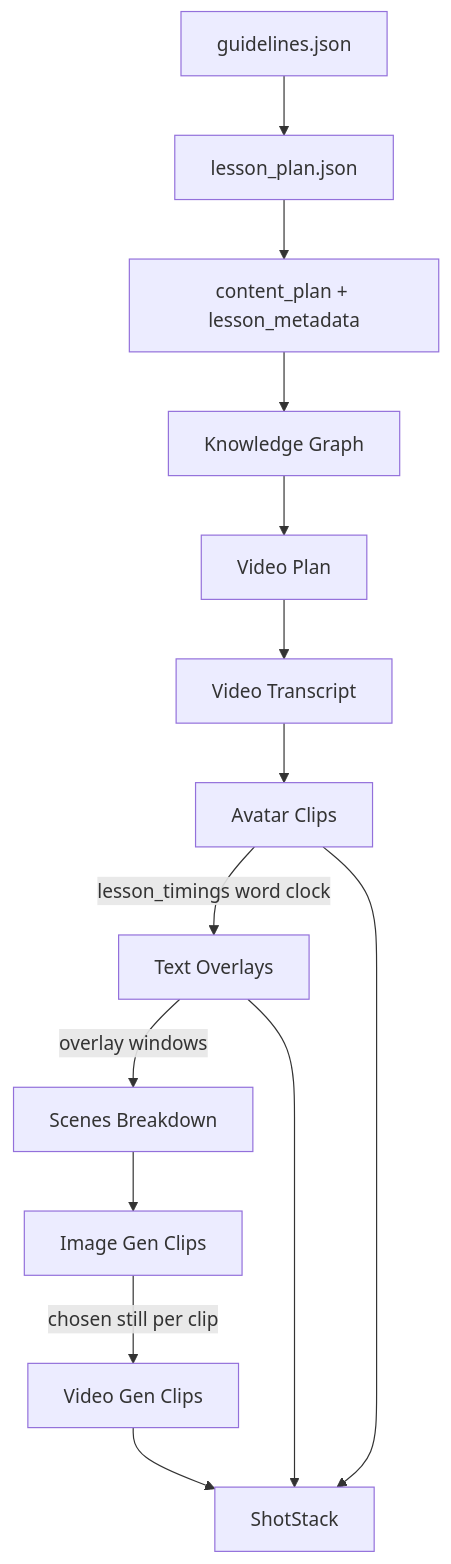
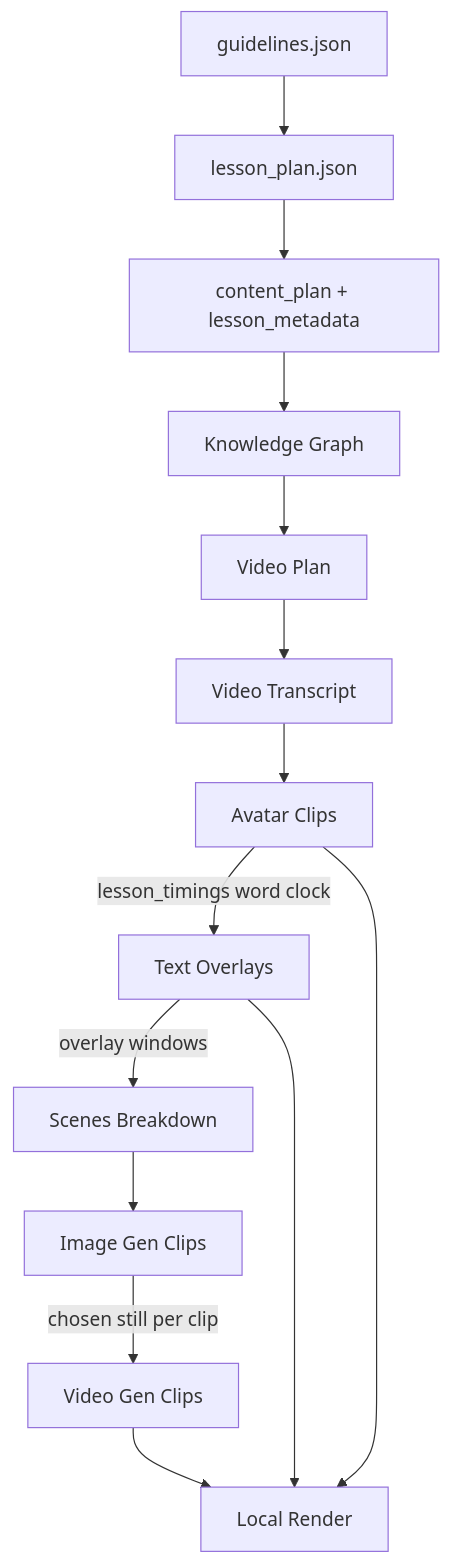
The diagram in generation/docs/architecture/00-overview.md (BekhruzT/Stele), drawn with Mermaid before and after one commit. The commit also changed other lines of this file and 16 other files, not shown here.

First line of the commit message:
Update the architecture docs for the gateway, render and lore changes

````diff
--- a/generation/docs/architecture/00-overview.md
+++ b/generation/docs/architecture/00-overview.md
@@ -50,16 +50,16 @@
 ```mermaid
 flowchart TD
   G["guidelines.json"] --> LP["lesson_plan.json"]
   LP --> CP["content_plan + lesson_metadata"]
   CP --> KG["Knowledge Graph"]
   KG --> VP["Video Plan"]
   VP --> TR["Video Transcript"]
   TR --> AV["Avatar Clips"]
   AV -->|"lesson_timings word clock"| TO["Text Overlays"]
   TO -->|"overlay windows"| SB["Scenes Breakdown"]
   SB --> IM["Image Gen Clips"]
   IM -->|"chosen still per clip"| VG["Video Gen Clips"]
-  VG --> SS["ShotStack"]
+  VG --> SS["Local Render"]
   AV --> SS
   TO --> SS
 ```
````
